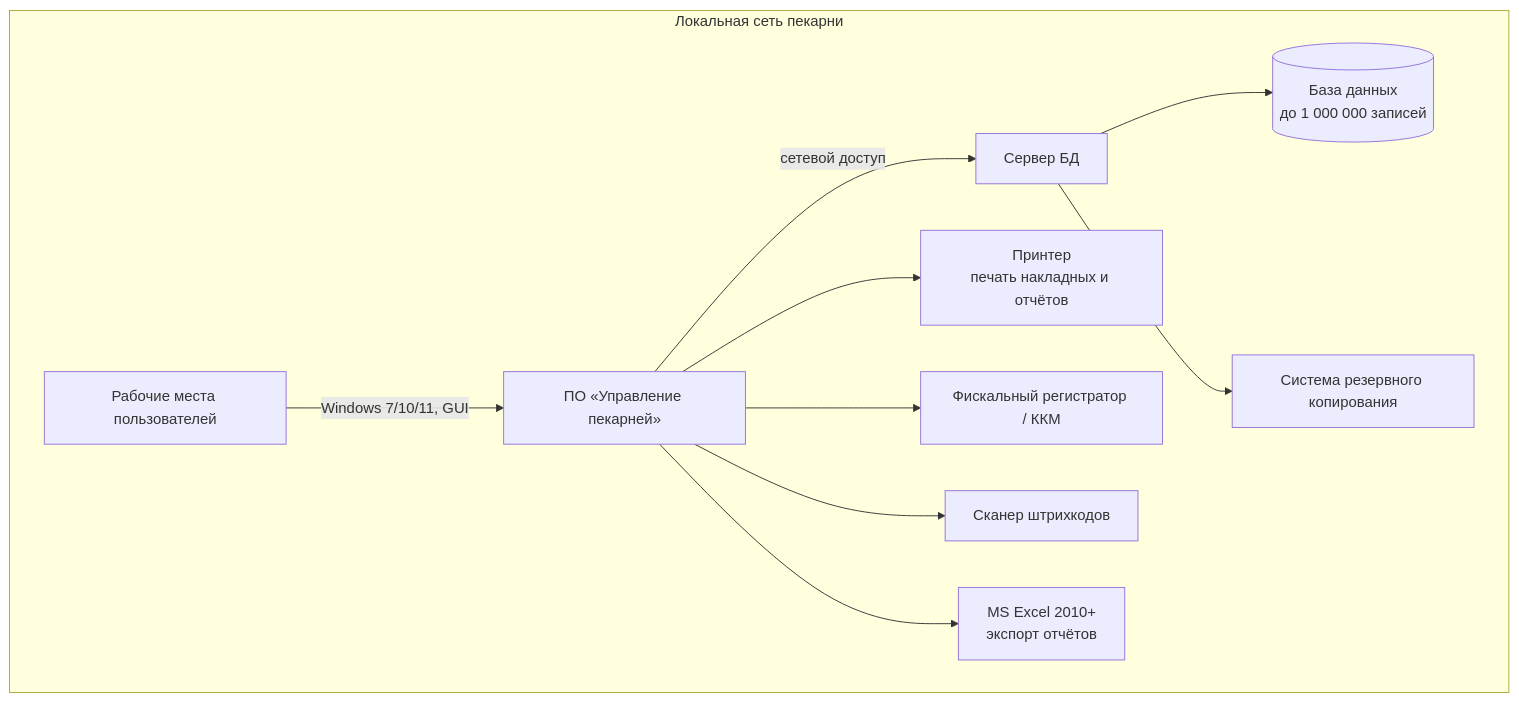
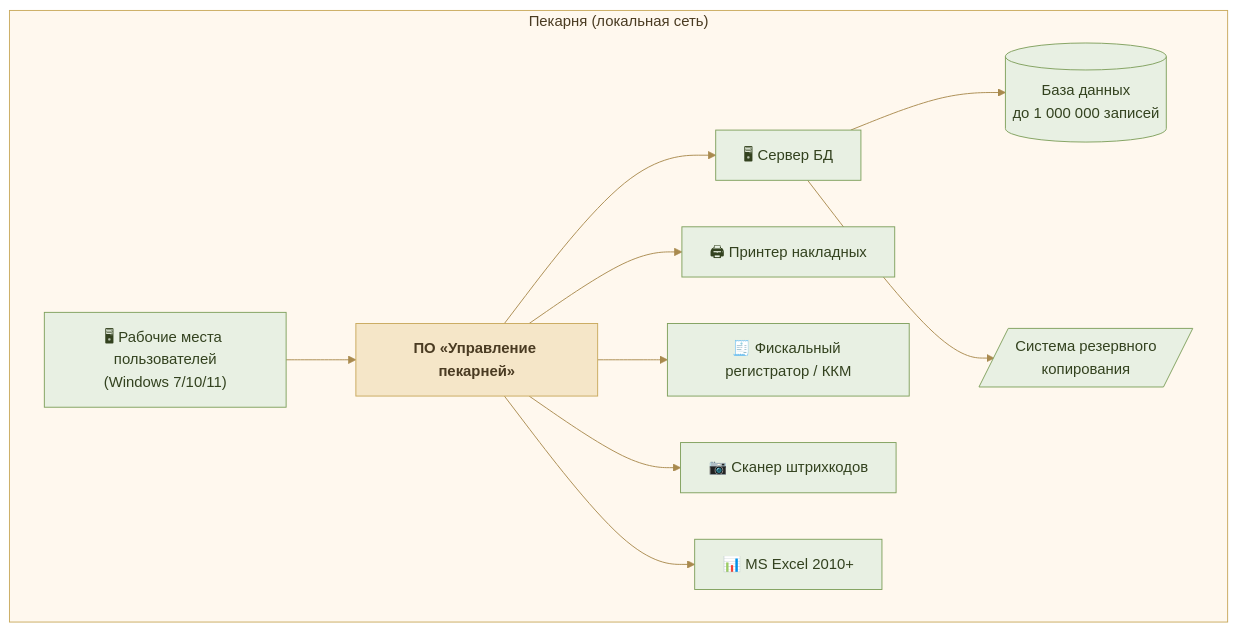
The sixth of 6 diagrams in uml-diagrams.md (cxwrcurvd/myprojectwork), drawn with Mermaid before and after one commit. The commit also changed other lines of this file, not shown here.

Commit message:
UML-диаграммы: переоформление в единой теме «Пекарня»

````diff
--- a/uml-diagrams.md
+++ b/uml-diagrams.md
@@ -287,14 +251,27 @@
 ```mermaid
-flowchart TD
-    subgraph Office[Локальная сеть пекарни]
-        PC[Рабочие места пользователей]
-        PC --> |"Windows 7/10/11, GUI"| APP["ПО «Управление пекарней»"]
-        APP --> |сетевой доступ| SRV[Сервер БД]
-        SRV --> DB[(База данных<br/>до 1 000 000 записей)]
-        SRV --> BK[Система резервного копирования]
-        APP --> PRN[Принтер<br/>печать накладных и отчётов]
-        APP --> FR[Фискальный регистратор / ККМ]
-        APP --> BS[Сканер штрихкодов]
-        APP --> EXL[MS Excel 2010+<br/>экспорт отчётов]
+%%{init: {"theme":"base","themeVariables":{"primaryColor":"#E8F0E3","primaryBorderColor":"#7FA05C","primaryTextColor":"#33421F","lineColor":"#A98A4E","tertiaryColor":"#F5E6C8"}}}%%
+flowchart TB
+    subgraph PCR["Пекарня (локальная сеть)"]
+        PC["🖥 Рабочие места пользователей<br/>(Windows 7/10/11)"]
+        SRV["🖥 Сервер БД"]
+        DB[("База данных<br/>до 1 000 000 записей")]
+        BK[/"Система резервного<br/>копирования"/]
+        PRN["🖨 Принтер накладных"]
+        FR["🧾 Фискальный регистратор / ККМ"]
+        BS["📷 Сканер штрихкодов"]
+        EXL["📊 MS Excel 2010+"]
+        APP["ПО «Управление пекарней»"]
     end
+
+    PC --> APP
+    APP --> SRV
+    SRV --> DB
+    SRV --> BK
+    APP --> PRN
+    APP --> FR
+    APP --> BS
+    APP --> EXL
+
+    style PCR fill:#FFF8EE,stroke:#C9A95C,color:#4A3B22
+    style APP fill:#F5E6C8,stroke:#C9A95C,color:#4A3B22,font-weight:bold
 ```
````
